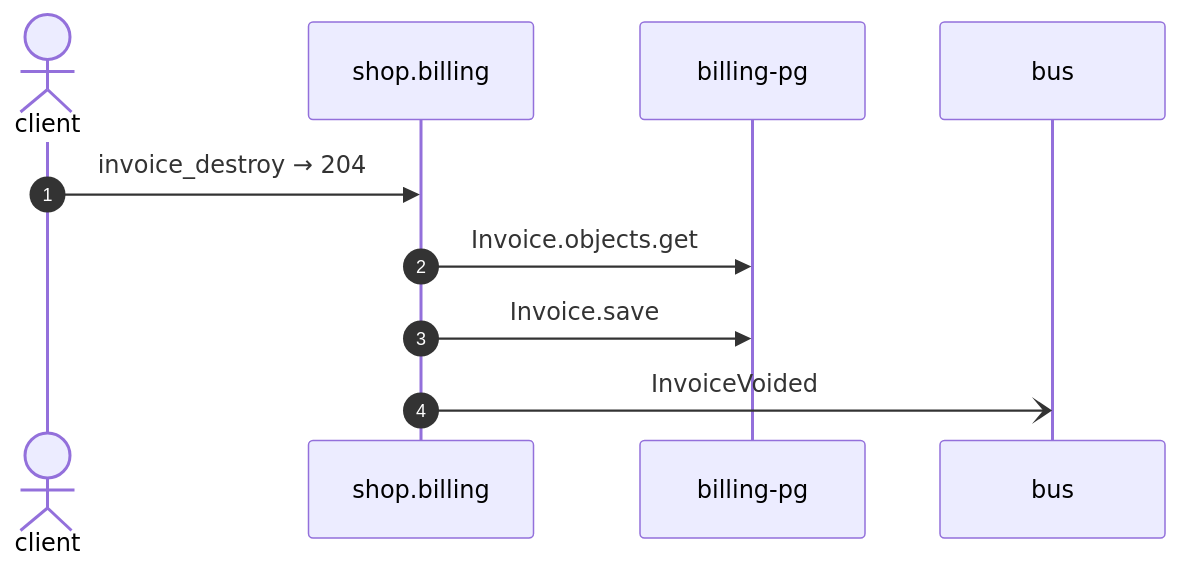
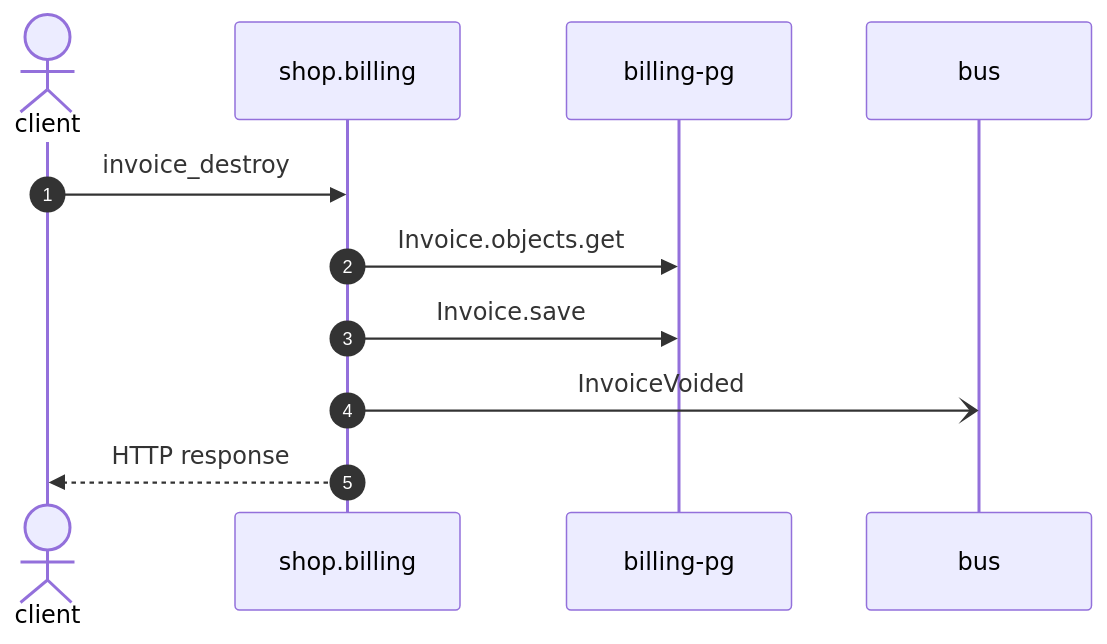
Before and after one commit to shortlink-org/portolan: the diagram in docs/example/flows/billing-invoice-destroy.md, drawn with Mermaid. The commit also changed other lines of this file and 191 other files, not shown here.

````diff
--- a/docs/example/flows/billing-invoice-destroy.md
+++ b/docs/example/flows/billing-invoice-destroy.md
@@ -22,12 +24,13 @@
 ```mermaid
 sequenceDiagram
     autonumber
     actor p0 as client
     participant p1 as shop.billing
     participant p2 as billing-pg
     participant p3 as bus
-    p0->>p1: invoice_destroy → 204
+    p0->>p1: invoice_destroy
     p1->>p2: Invoice.objects.get
     p1->>p2: Invoice.save
     p1-)p3: InvoiceVoided
+    p1-->>p0: HTTP response
 ```
````
